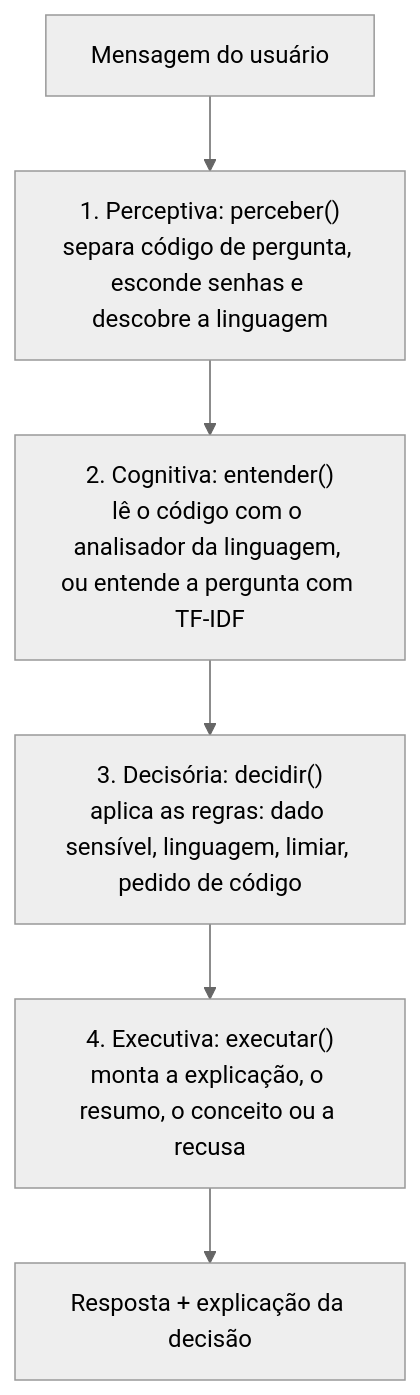
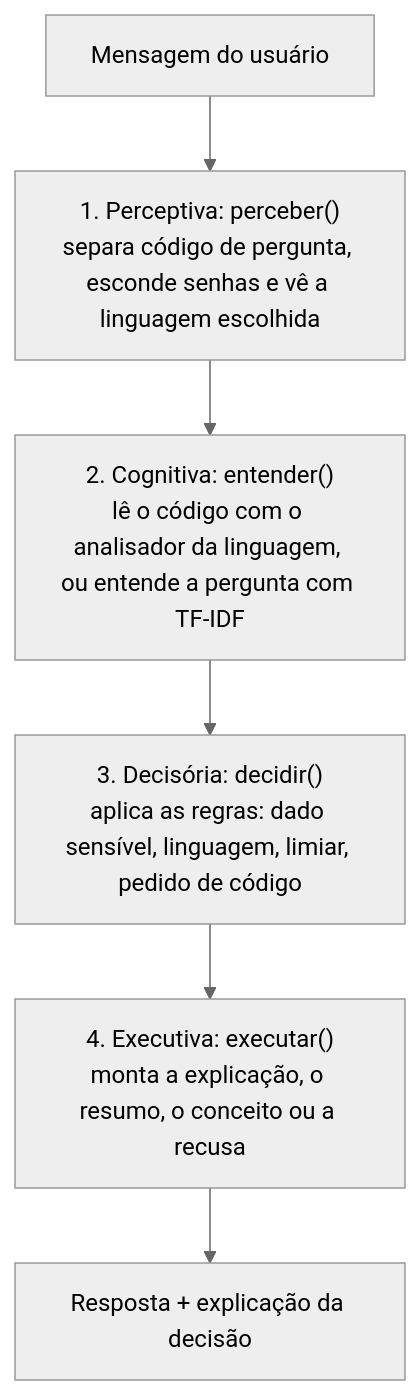
The diagram in documentacao/2-arquitetura-do-agente.md (davilima11/DecifraBot), drawn with Mermaid (neutral theme) before and after one commit. The commit also changed other lines of this file and 17 other files, not shown here.

````diff
--- a/documentacao/2-arquitetura-do-agente.md
+++ b/documentacao/2-arquitetura-do-agente.md
@@ -18,8 +18,8 @@
 ```mermaid
 flowchart TD
     A[Mensagem do usuário] --> P
-    P["1. Perceptiva: perceber()<br/>separa código de pergunta, esconde senhas e descobre a linguagem"] --> C
+    P["1. Perceptiva: perceber()<br/>separa código de pergunta, esconde senhas e vê a linguagem escolhida"] --> C
     C["2. Cognitiva: entender()<br/>lê o código com o analisador da linguagem, ou entende a pergunta com TF-IDF"] --> D
     D["3. Decisória: decidir()<br/>aplica as regras: dado sensível, linguagem, limiar, pedido de código"] --> E
     E["4. Executiva: executar()<br/>monta a explicação, o resumo, o conceito ou a recusa"] --> R[Resposta + explicação da decisão]
 ```
````
